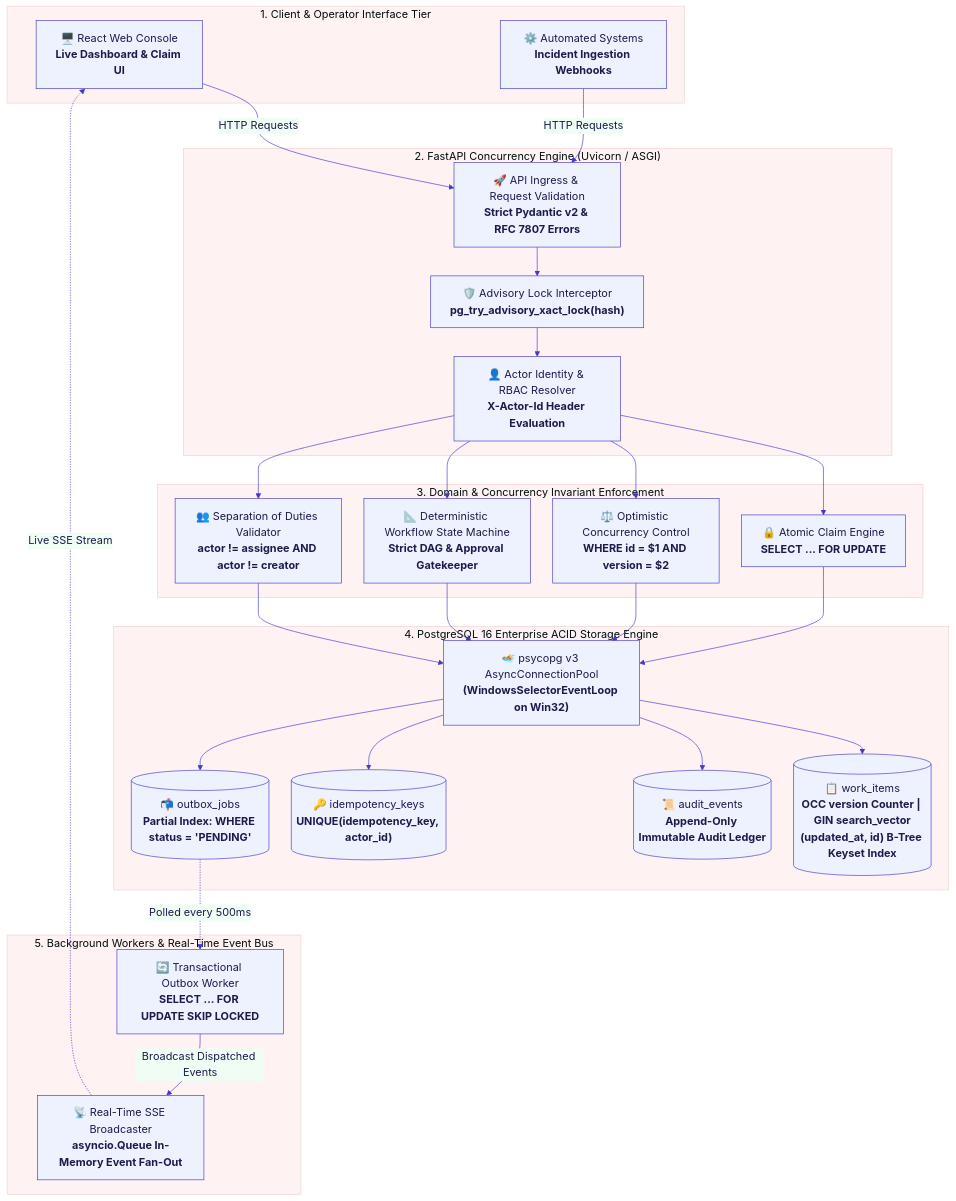
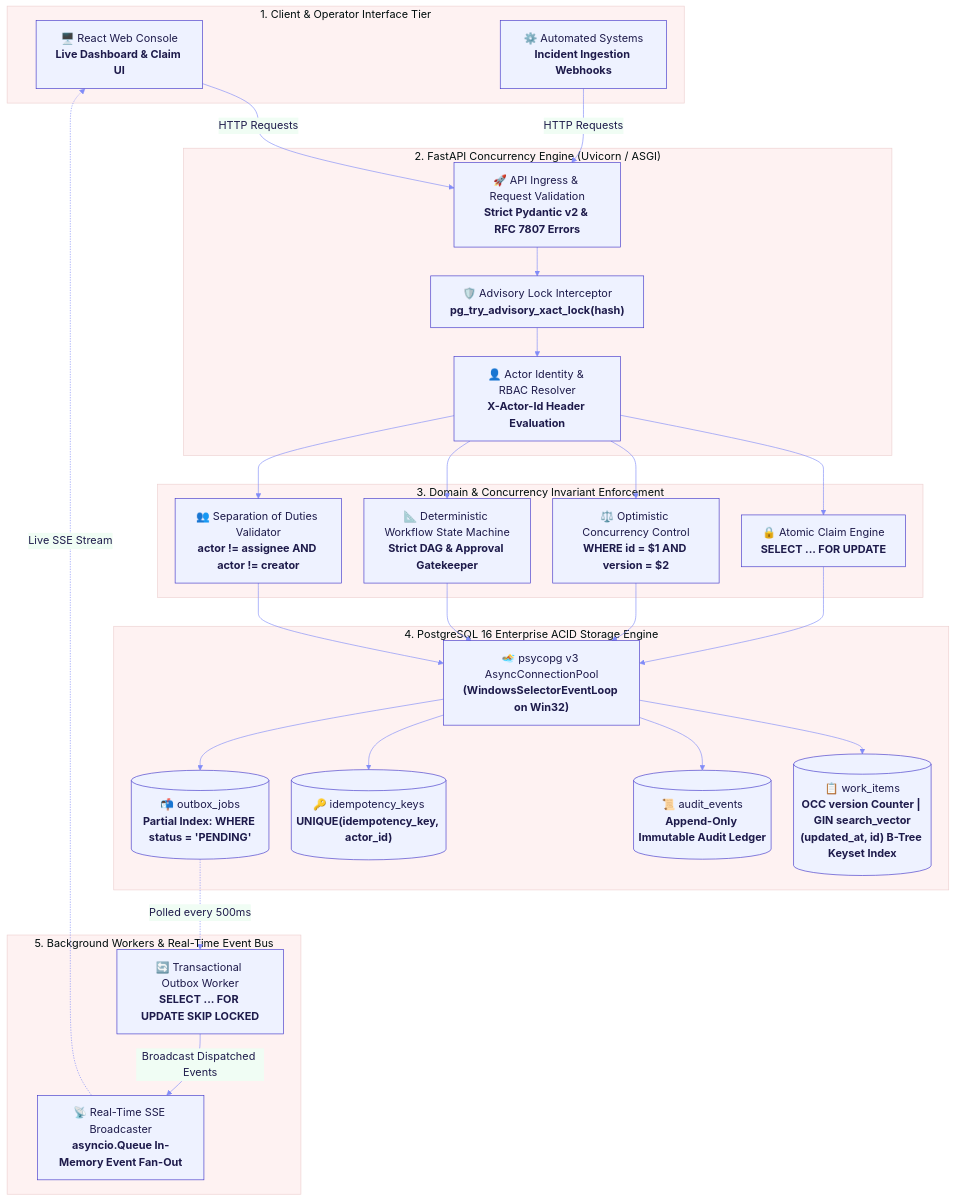
Before and after one commit to matrix-1407/OpsPulse-Newtonite: the first of 6 diagrams in README.md, drawn with Mermaid. The commit also changed other lines of this file and 1 other file, not shown here.

Commit message:
docs: improve readability, colors and fix Mermaid parse errors in diagrams

````diff
--- a/README.md
+++ b/README.md
@@ -15,77 +15,78 @@
 ```mermaid
 %%{init: {
   'theme': 'base',
   'themeVariables': {
     'fontSize': '17px',
     'fontFamily': 'Inter, -apple-system, BlinkMacSystemFont, Segoe UI, Roboto, sans-serif',
     'primaryColor': '#EEF2FF',
     'primaryTextColor': '#1E1B4B',
     'primaryBorderColor': '#4338CA',
-    'lineColor': '#4338CA',
+    'lineColor': '#818cf8',
+    'textColor': '#f8fafc',
     'secondaryColor': '#F0FDF4',
     'tertiaryColor': '#FEF2F2'
   },
   'flowchart': {
     'nodeSpacing': 35,
     'rankSpacing': 45,
     'curve': 'basis',
     'htmlLabels': true
   }
 }}%%
 flowchart TD
     subgraph S1 ["1. Client & Operator Interface Tier"]
         UI["🖥️ React Web Console<br/><b>Live Dashboard & Claim UI</b>"]
         CLI["⚙️ Automated Systems<br/><b>Incident Ingestion Webhooks</b>"]
     end
 
     subgraph S2 ["2. FastAPI Concurrency Engine (Uvicorn / ASGI)"]
         Ingress["🚀 API Ingress & Request Validation<br/><b>Strict Pydantic v2 & RFC 7807 Errors</b>"]
         AdvisoryLock["🛡️ Advisory Lock Interceptor<br/><b>pg_try_advisory_xact_lock(hash)</b>"]
         AuthContext["👤 Actor Identity & RBAC Resolver<br/><b>X-Actor-Id Header Evaluation</b>"]
     end
 
     subgraph S3 ["3. Domain & Concurrency Invariant Enforcement"]
         RowLock["🔒 Atomic Claim Engine<br/><b>SELECT ... FOR UPDATE</b>"]
         OCC["⚖️ Optimistic Concurrency Control<br/><b>WHERE id = $1 AND version = $2</b>"]
         StateMachine["📐 Deterministic Workflow State Machine<br/><b>Strict DAG & Approval Gatekeeper</b>"]
         SoD["👥 Separation of Duties Validator<br/><b>actor != assignee AND actor != creator</b>"]
     end
 
     subgraph S4 ["4. PostgreSQL 16 Enterprise ACID Storage Engine"]
         Pool["🏊 psycopg v3 AsyncConnectionPool<br/><b>(WindowsSelectorEventLoop on Win32)</b>"]
         TWorkItems[("📋 work_items<br/><b>OCC version Counter | GIN search_vector<br/>(updated_at, id) B-Tree Keyset Index</b>")]
         TAudit[("📜 audit_events<br/><b>Append-Only Immutable Audit Ledger</b>")]
         TIdem[("🔑 idempotency_keys<br/><b>UNIQUE(idempotency_key, actor_id)</b>")]
         TOutbox[("📬 outbox_jobs<br/><b>Partial Index: WHERE status = 'PENDING'</b>")]
     end
 
     subgraph S5 ["5. Background Workers & Real-Time Event Bus"]
         Worker["🔄 Transactional Outbox Worker<br/><b>SELECT ... FOR UPDATE SKIP LOCKED</b>"]
         SSEHub["📡 Real-Time SSE Broadcaster<br/><b>asyncio.Queue In-Memory Event Fan-Out</b>"]
     end
 
     %% Flow connections
     UI -->|HTTP Requests| Ingress
     CLI -->|HTTP Requests| Ingress
     Ingress --> AdvisoryLock
     AdvisoryLock --> AuthContext
 
     AuthContext --> RowLock
     AuthContext --> OCC
     AuthContext --> StateMachine
     AuthContext --> SoD
 
     RowLock --> Pool
     OCC --> Pool
     StateMachine --> Pool
     SoD --> Pool
 
     Pool --> TWorkItems
     Pool --> TAudit
     Pool --> TIdem
     Pool --> TOutbox
 
     TOutbox -.->|Polled every 500ms| Worker
     Worker -->|Broadcast Dispatched Events| SSEHub
     SSEHub -.->|Live SSE Stream| UI
 ```
````
